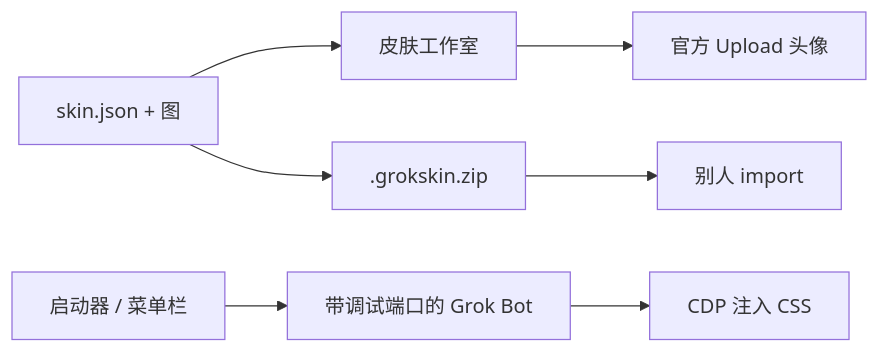
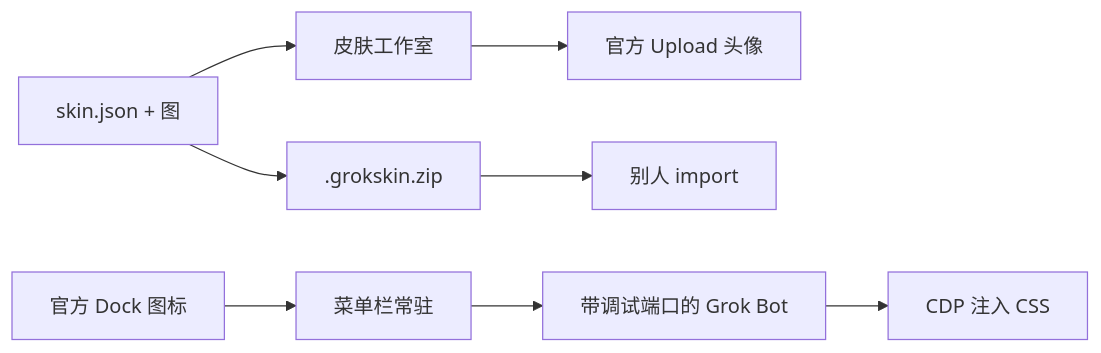
One commit to Yellow5A5/Grok-Bot-Skin changed the diagram in README.md. Above: the diagram before and after it, drawn with Mermaid. The commit also changed other lines of this file, not shown here.

Commit message:
docs(readme): match the menu bar and Dock-follow flow

````diff
--- a/README.md
+++ b/README.md
@@ -12,9 +12,10 @@
 ```mermaid
 flowchart LR
   pack["skin.json + 图"] --> studio["皮肤工作室"]
   studio --> avatar["官方 Upload 头像"]
-  launcher["启动器 / 菜单栏"] --> grok["带调试端口的 Grok Bot"]
+  menubar["菜单栏常驻"] --> grok["带调试端口的 Grok Bot"]
+  dock["官方 Dock 图标"] --> menubar
   grok --> css["CDP 注入 CSS"]
   pack --> zip[".grokskin.zip"]
   zip --> import["别人 import"]
 ```
````
